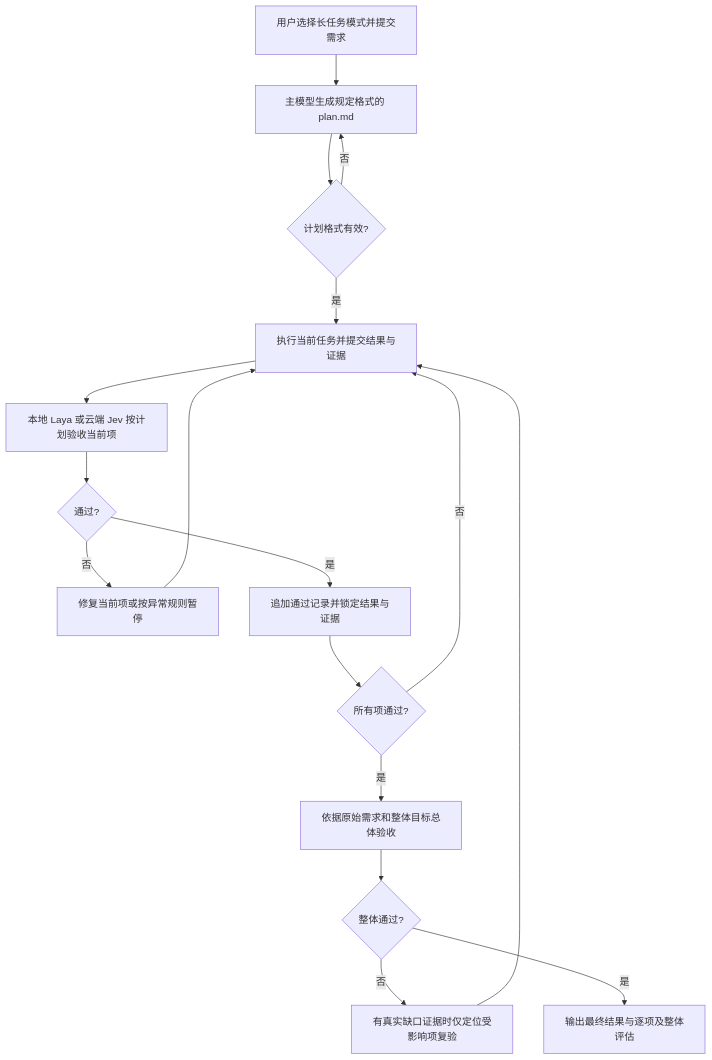
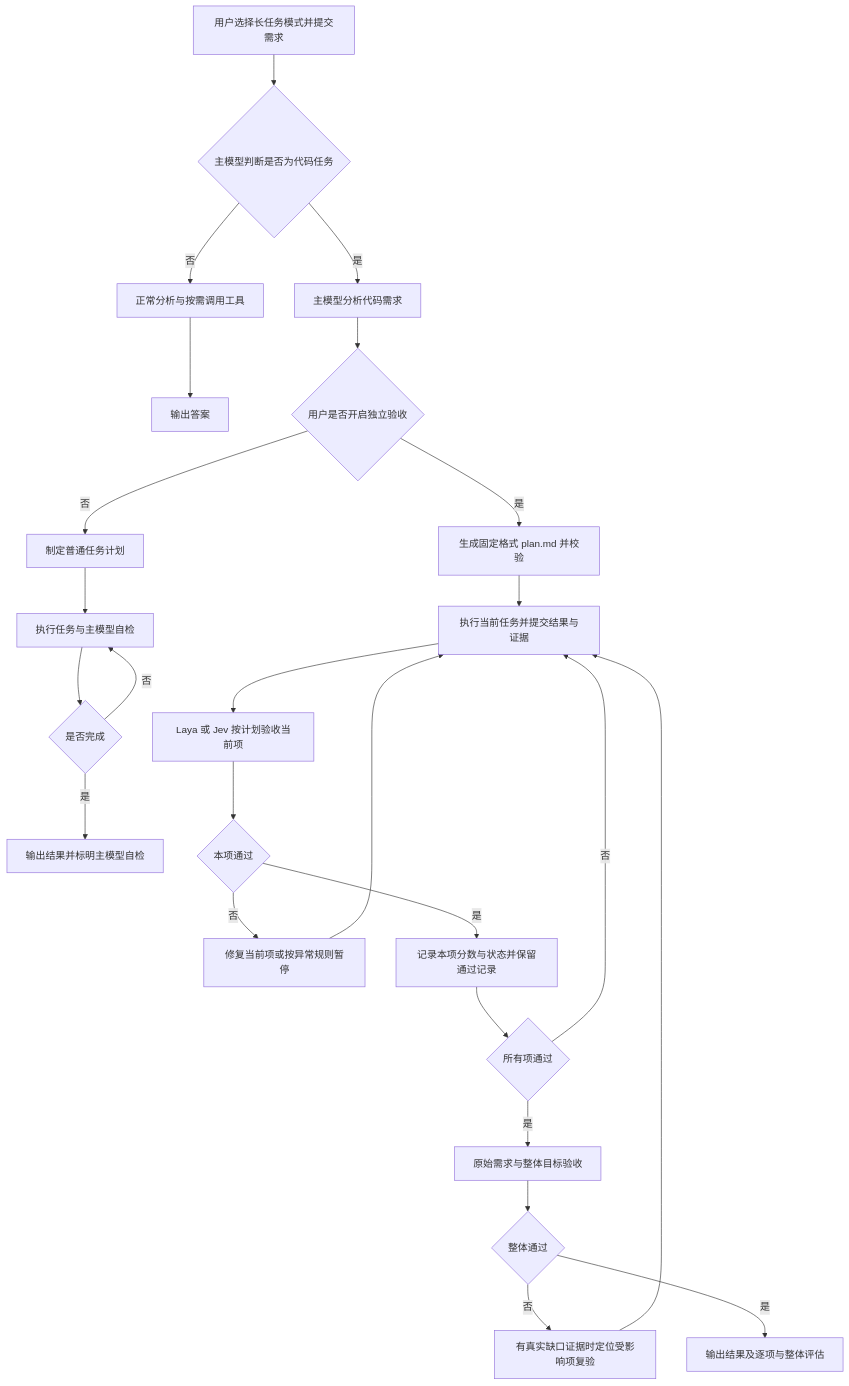
Before and after one commit to 003jia/dsh-long-task-review-mode: the diagram in README.md, drawn with Mermaid. The commit also changed other lines of this file and 24 other files, not shown here.

Commit message:
fix: follow code routing and review switch in long task flow

````diff
--- a/README.md
+++ b/README.md
@@ -9,19 +9,27 @@
 ```mermaid
 flowchart TD
-  A[用户选择长任务模式并提交需求] --> B[主模型生成规定格式的 plan.md]
-  B --> C{计划格式有效?}
-  C -- 否 --> B
-  C -- 是 --> D[执行当前任务并提交结果与证据]
-  D --> E[本地 Laya 或云端 Jev 按计划验收当前项]
-  E --> F{通过?}
-  F -- 否 --> G[修复当前项或按异常规则暂停]
-  G --> D
-  F -- 是 --> H[追加通过记录并锁定结果与证据]
-  H --> I{所有项通过?}
-  I -- 否 --> D
-  I -- 是 --> J[依据原始需求和整体目标总体验收]
-  J --> K{整体通过?}
-  K -- 否 --> L[有真实缺口证据时仅定位受影响项复验]
-  L --> D
-  K -- 是 --> M[输出最终结果与逐项及整体评估]
+  A[用户选择长任务模式并提交需求] --> B{主模型判断是否为代码任务}
+  B -- 否 --> N[正常分析与按需调用工具]
+  N --> O[输出答案]
+  B -- 是 --> C[主模型分析代码需求]
+  C --> D{用户是否开启独立验收}
+  D -- 否 --> P[制定普通任务计划]
+  P --> Q[执行任务与主模型自检]
+  Q --> R{是否完成}
+  R -- 否 --> Q
+  R -- 是 --> S[输出结果并标明主模型自检]
+  D -- 是 --> E[生成固定格式 plan.md 并校验]
+  E --> F[执行当前任务并提交结果与证据]
+  F --> G[Laya 或 Jev 按计划验收当前项]
+  G --> H{本项通过}
+  H -- 否 --> I[修复当前项或按异常规则暂停]
+  I --> F
+  H -- 是 --> J[记录本项分数与状态并保留通过记录]
+  J --> K{所有项通过}
+  K -- 否 --> F
+  K -- 是 --> L[原始需求与整体目标验收]
+  L --> M{整体通过}
+  M -- 否 --> T[有真实缺口证据时定位受影响项复验]
+  T --> F
+  M -- 是 --> U[输出结果及逐项与整体评估]
 ```
````
